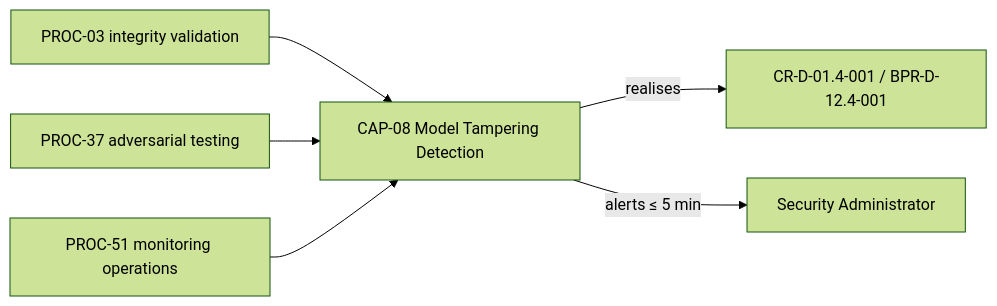
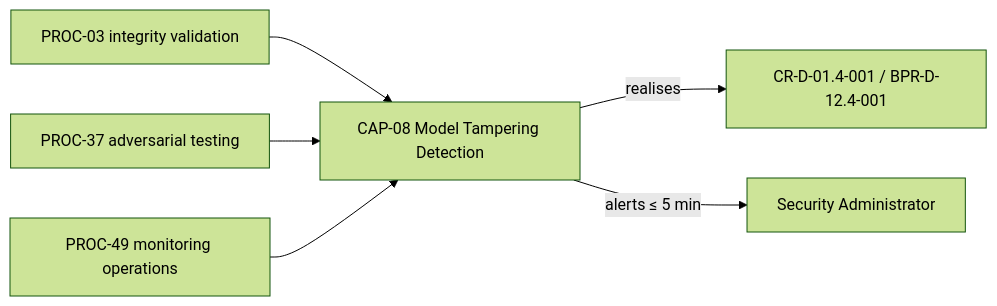
One commit to pauloribeiro16/Methodology_compact changed diagram 58 of 60 in 02_CASES/Case_03_OmniBank_Financial/03_PHASE3_DECOMPOSITION/Doc32_Process_Capability_Cards.md. Above: the diagram before and after it, drawn with Mermaid (forest theme). The commit also changed other lines of this file and 23 other files, not shown here.

````diff
--- a/02_CASES/Case_03_OmniBank_Financial/03_PHASE3_DECOMPOSITION/Doc32_Process_Capability_Cards.md
+++ b/02_CASES/Case_03_OmniBank_Financial/03_PHASE3_DECOMPOSITION/Doc32_Process_Capability_Cards.md
@@ -1292,8 +1295,8 @@
 ```mermaid
 graph LR
     CAP["CAP-08 Model Tampering Detection"] -->|"realises"| R1["CR-D-01.4-001 / BPR-D-12.4-001"]
     P1["PROC-03 integrity validation"] --> CAP
     P2["PROC-37 adversarial testing"] --> CAP
-    P3["PROC-51 monitoring operations"] --> CAP
+    P3["PROC-49 monitoring operations"] --> CAP
     CAP -->|"alerts ≤ 5 min"| SEC["Security Administrator"]
 ```
````
